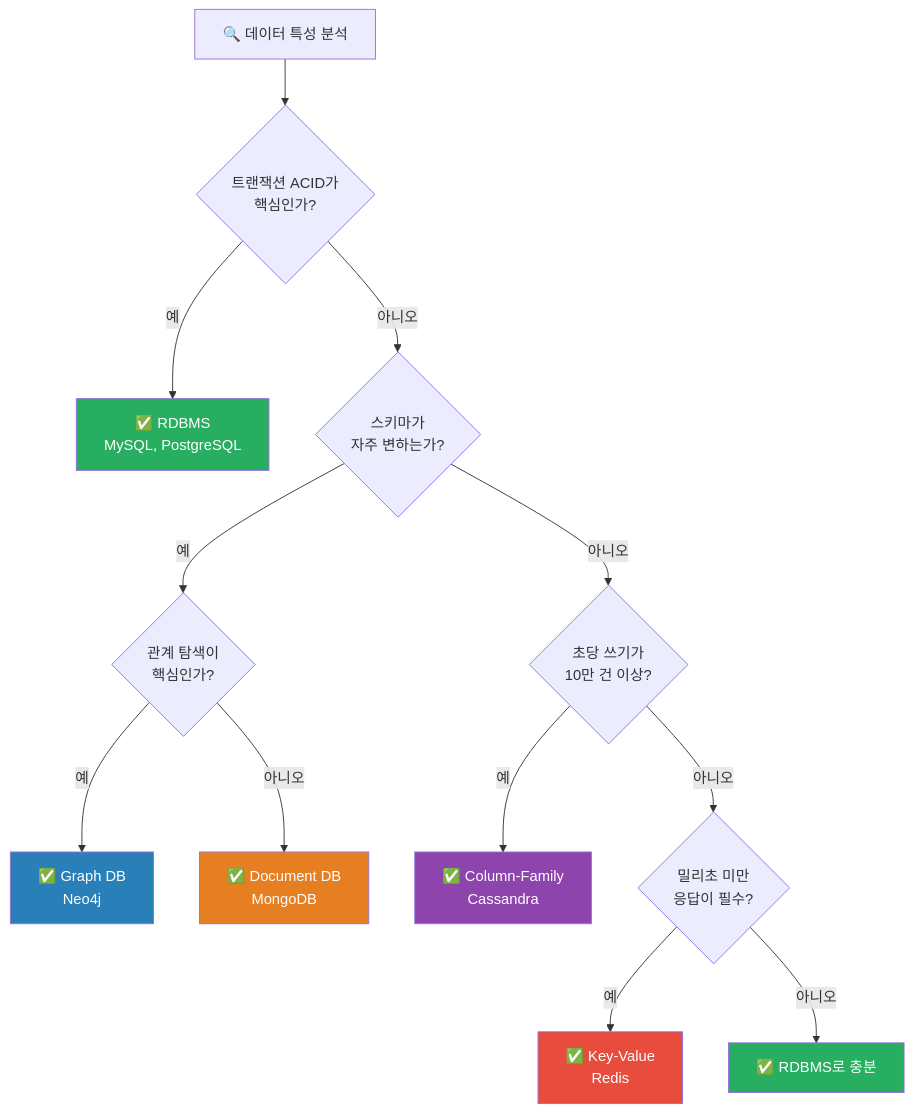
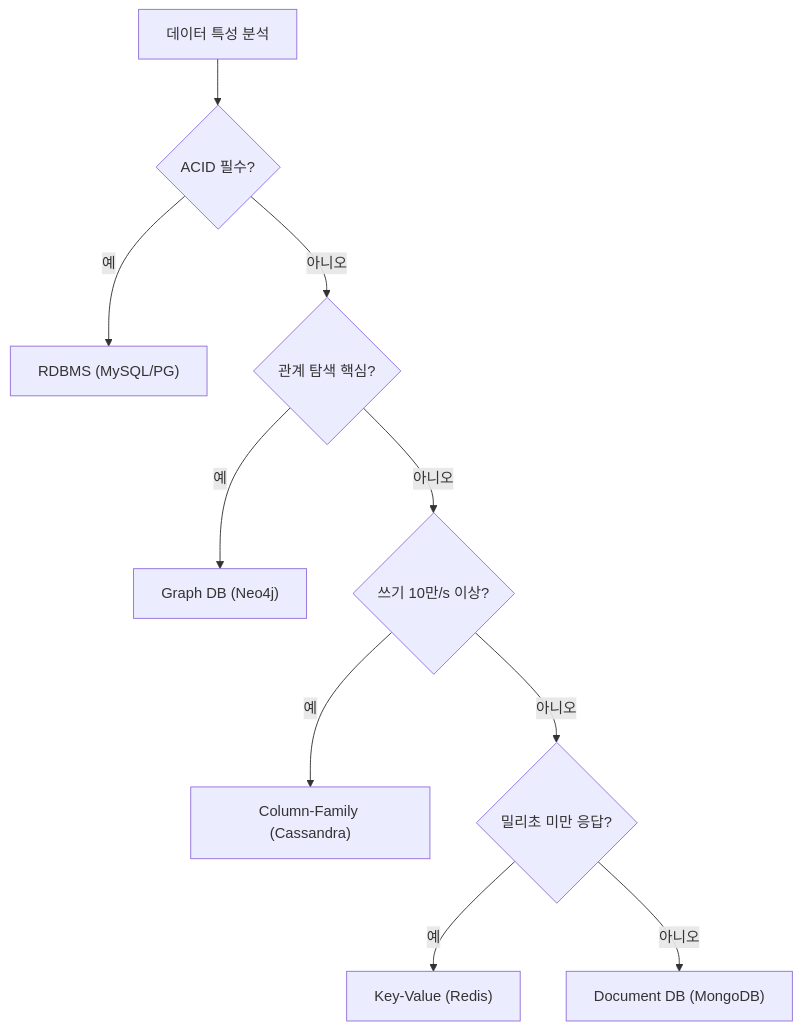
The fifth of 7 diagrams in _posts/nosql/2026-05-03-nosql-comparison.md (yjkim2015/yjkim2015.github.io), drawn with Mermaid before and after one commit. The commit also changed other lines of this file and 215 other files, not shown here.

First line of the commit message:
신규 포스트 10개 추가 + Mermaid 전면 축소 + SystemDesign 시리즈 보강

````diff
--- a/_posts/nosql/2026-05-03-nosql-comparison.md
+++ b/_posts/nosql/2026-05-03-nosql-comparison.md
@@ -234,21 +219,12 @@
 ```mermaid
 flowchart TD
-    START["🔍 데이터 특성 분석"] --> Q1{"트랜잭션 ACID가\n핵심인가?"}
-    Q1 -- "예" --> RDBMS["✅ RDBMS\nMySQL, PostgreSQL"]
-    Q1 -- "아니오" --> Q2{"스키마가\n자주 변하는가?"}
-    Q2 -- "예" --> Q3{"관계 탐색이\n핵심인가?"}
-    Q2 -- "아니오" --> Q4{"초당 쓰기가\n10만 건 이상?"}
-    Q3 -- "예" --> GRAPH["✅ Graph DB\nNeo4j"]
-    Q3 -- "아니오" --> DOC["✅ Document DB\nMongoDB"]
-    Q4 -- "예" --> COLUMN["✅ Column-Family\nCassandra"]
-    Q4 -- "아니오" --> Q5{"밀리초 미만\n응답이 필수?"}
-    Q5 -- "예" --> KV["✅ Key-Value\nRedis"]
-    Q5 -- "아니오" --> RDBMS2["✅ RDBMS로 충분"]
-
-    style RDBMS fill:#27AE60,color:#fff
-    style DOC fill:#E67E22,color:#fff
-    style KV fill:#E74C3C,color:#fff
-    style COLUMN fill:#8E44AD,color:#fff
-    style GRAPH fill:#2980B9,color:#fff
-    style RDBMS2 fill:#27AE60,color:#fff
+    START["데이터 특성 분석"] --> Q1{"ACID 필수?"}
+    Q1 -- 예 --> RDBMS["RDBMS (MySQL/PG)"]
+    Q1 -- 아니오 --> Q2{"관계 탐색 핵심?"}
+    Q2 -- 예 --> GRAPH["Graph DB (Neo4j)"]
+    Q2 -- 아니오 --> Q3{"쓰기 10만/s 이상?"}
+    Q3 -- 예 --> COLUMN["Column-Family (Cassandra)"]
+    Q3 -- 아니오 --> Q4{"밀리초 미만 응답?"}
+    Q4 -- 예 --> KV["Key-Value (Redis)"]
+    Q4 -- 아니오 --> DOC["Document DB (MongoDB)"]
 ```
````
